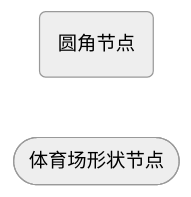
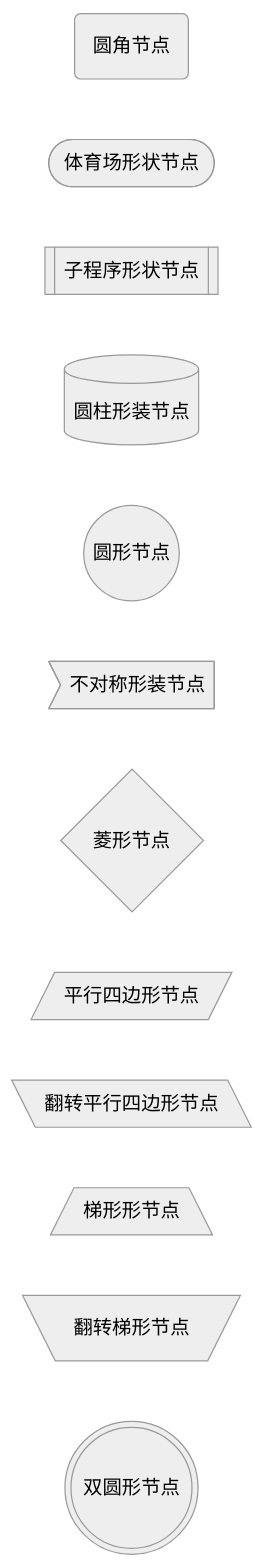
The fourth of 5 diagrams in _posts/2025-09-02-jekyll_plugin.md (liulong0125/liulong0125.github.io), drawn with Mermaid (neutral theme) before and after one commit. The commit also changed other lines of this file and 2 other files, not shown here.

````diff
--- a/_posts/2025-09-02-jekyll_plugin.md
+++ b/_posts/2025-09-02-jekyll_plugin.md
@@ -141,5 +148,15 @@
 ```mermaid
 flowchart LR
   节点1(圆角节点)
   节点2([体育场形状节点])
+  节点3[[子程序形状节点]]
+  节点4[(圆柱形装节点)]
+  节点5((圆形节点))
+  节点6>不对称形装节点]
+  节点7{菱形节点}
+  节点8[/平行四边形节点/]
+  节点9[\翻转平行四边形节点\]
+  节点10[/梯形形节点\]
+  节点11[\翻转梯形节点/]
+  节点12(((双圆形节点)))
 ```
````
